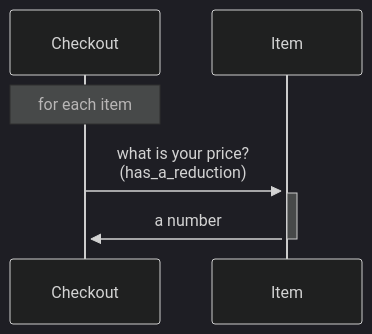
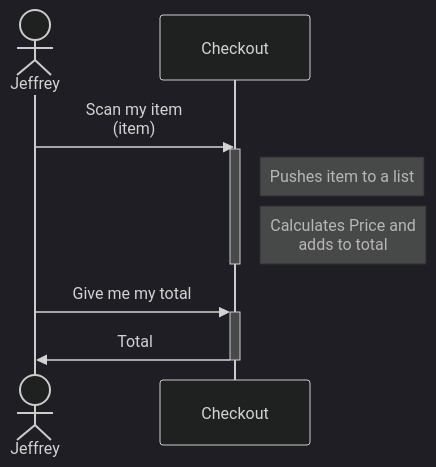
The first of 2 diagrams in docs/sequence-diagram.md (samithoughtbot/checkout-codekata), drawn with Mermaid (dark theme) before and after one commit. The commit also changed other lines of this file, not shown here.

````diff
--- a/docs/sequence-diagram.md
+++ b/docs/sequence-diagram.md
@@ -1,8 +2,13 @@
 ```mermaid
 sequenceDiagram
-    note over Checkout: for each item
-    Checkout->>+Item: what is your price? <br>(has_a_reduction)
-    activate Item
-    Item->>+Checkout: a number
-    deactivate Item
+    actor Jeffrey
+    participant Checkout
+    Jeffrey->>Checkout: Scan my item <br> (item)
+    activate Checkout
+    Note right of Checkout: Pushes item to a list
+    Note right of Checkout: Calculates Price and <br> adds to total
+    deactivate Checkout
+
+    Jeffrey->>+Checkout: Give me my total
+    Checkout->>-Jeffrey: Total
 ```
````
